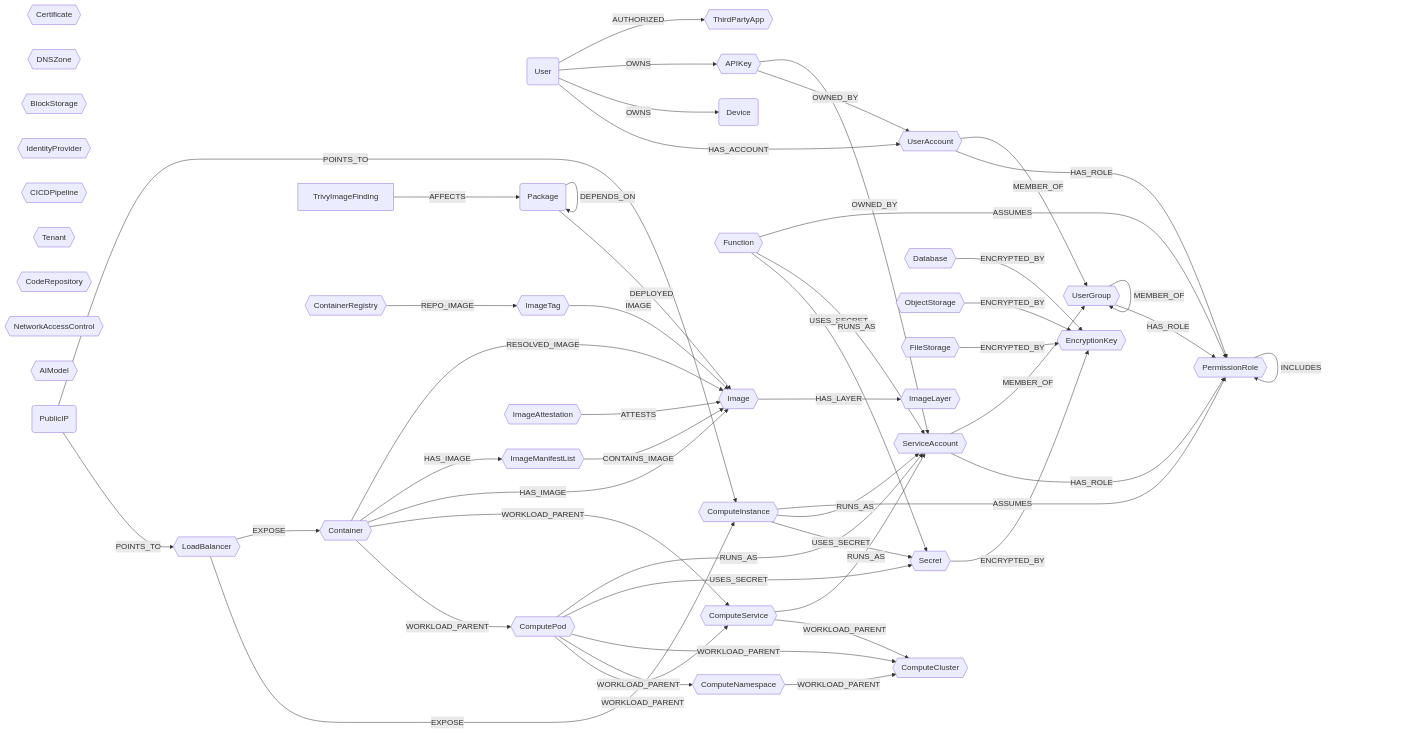
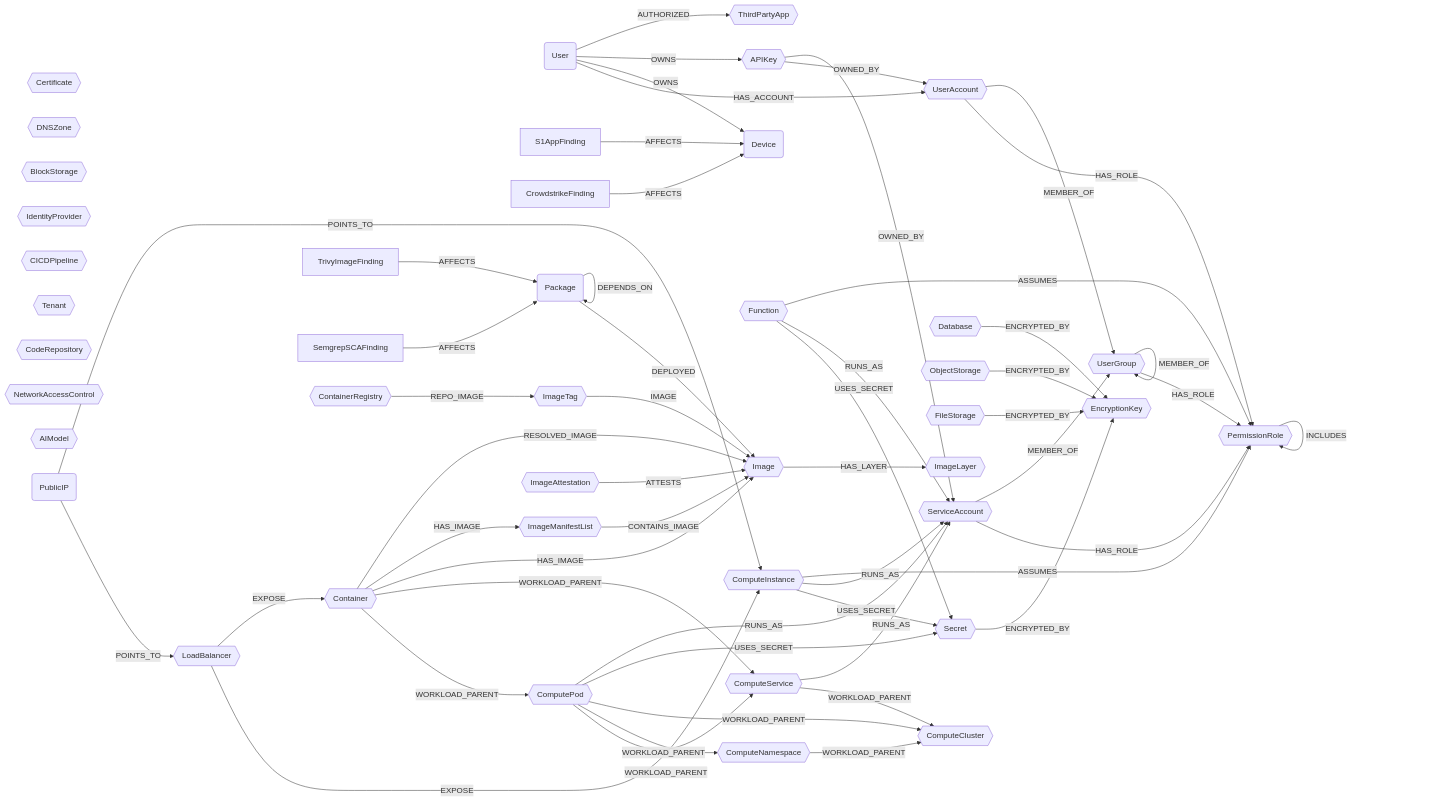
Before and after one commit to sec-js/cartography: the diagram in docs/root/modules/ontology/schema.md, drawn with Mermaid. The commit also changed other lines of this file and 20 other files, not shown here.

````diff
--- a/docs/root/modules/ontology/schema.md
+++ b/docs/root/modules/ontology/schema.md
@@ -6,74 +6,77 @@
 ```mermaid
 graph LR
 
 U(User) -- HAS_ACCOUNT --> UA{{UserAccount}}
 U -- OWNS --> CC(Device)
+SAF[S1AppFinding] -- AFFECTS --> CC
+CSF[CrowdstrikeFinding] -- AFFECTS --> CC
 U -- OWNS --> AK{{APIKey}}
 U -- AUTHORIZED --> OA{{ThirdPartyApp}}
 UG{{UserGroup}}
 SA{{ServiceAccount}}
 CERT{{Certificate}}
 LB{{LoadBalancer}} -- EXPOSE --> CI{{ComputeInstance}}
 LB{{LoadBalancer}} -- EXPOSE --> CT{{Container}}
 CL{{ComputeCluster}}
 CS{{ComputeService}}
 CNS{{ComputeNamespace}}
 CP{{ComputePod}}
 CT -- WORKLOAD_PARENT --> CP
 CT -- WORKLOAD_PARENT --> CS
 CP -- WORKLOAD_PARENT --> CS
 CP -- WORKLOAD_PARENT --> CNS
 CP -- WORKLOAD_PARENT --> CL
 CS -- WORKLOAD_PARENT --> CL
 CNS -- WORKLOAD_PARENT --> CL
 DB{{Database}}
 DZ{{DNSZone}}
 OS{{ObjectStorage}}
 FS{{FileStorage}}
 BS{{BlockStorage}}
 IDP{{IdentityProvider}}
 CICD{{CICDPipeline}}
 TN{{Tenant}}
 FN{{Function}}
 REPO{{CodeRepository}}
 SC{{Secret}}
 EK{{EncryptionKey}}
 SC -- ENCRYPTED_BY --> EK
 DB -- ENCRYPTED_BY --> EK
 OS -- ENCRYPTED_BY --> EK
 FS -- ENCRYPTED_BY --> EK
 CP -- USES_SECRET --> SC
 FN -- USES_SECRET --> SC
 CI -- USES_SECRET --> SC
 PR{{PermissionRole}}
 UA -- HAS_ROLE --> PR
 SA -- HAS_ROLE --> PR
 UG -- HAS_ROLE --> PR
 PR -- INCLUDES --> PR
 UA -- MEMBER_OF --> UG
 SA -- MEMBER_OF --> UG
 UG -- MEMBER_OF --> UG
 AK -- OWNED_BY --> UA
 AK -- OWNED_BY --> SA
 CI -- RUNS_AS --> SA
 CP -- RUNS_AS --> SA
 FN -- RUNS_AS --> SA
 CS -- RUNS_AS --> SA
 CI -- ASSUMES --> PR
 FN -- ASSUMES --> PR
 NAC{{NetworkAccessControl}}
 AIM{{AIModel}}
 PIP(PublicIP) -- POINTS_TO --> LB
 PIP -- POINTS_TO --> CI
 PKG(Package) -- DEPLOYED --> IM{{Image}}
 PKG -- DEPENDS_ON --> PKG
 F[TrivyImageFinding] -- AFFECTS --> PKG
+SCA[SemgrepSCAFinding] -- AFFECTS --> PKG
 CR{{ContainerRegistry}} -- REPO_IMAGE --> IT{{ImageTag}}
 IT -- IMAGE --> IM
 IML{{ImageManifestList}} -- CONTAINS_IMAGE --> IM
 IA{{ImageAttestation}} -- ATTESTS --> IM
 IM -- HAS_LAYER --> IL{{ImageLayer}}
 CT -- HAS_IMAGE --> IM
 CT -- HAS_IMAGE --> IML
 CT -- RESOLVED_IMAGE --> IM
 ```
````
